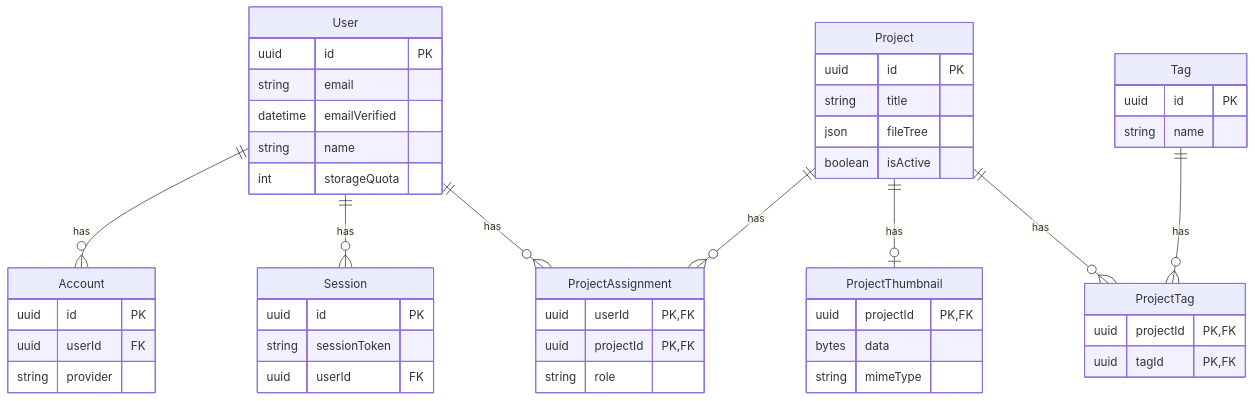
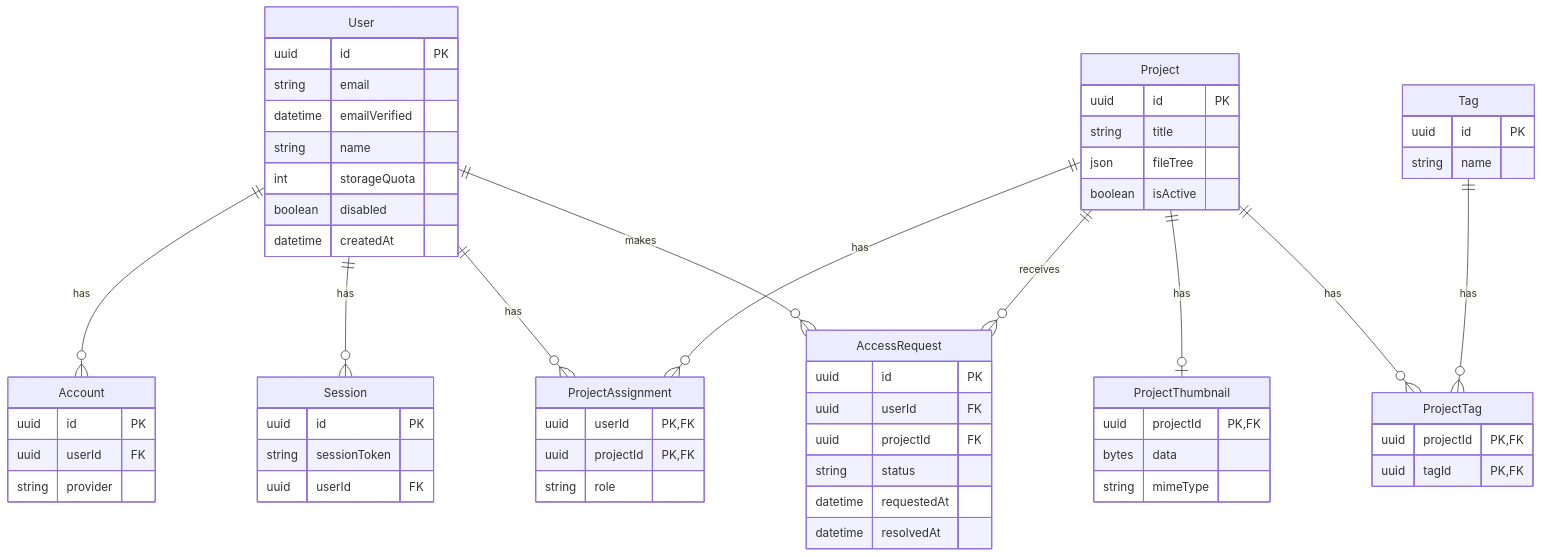
The diagram in docs/docs/techdocs/architecture/database.md (ISC-HEI/tisc-editor), drawn with Mermaid before and after one commit. The commit also changed other lines of this file and 6 other files, not shown here.

Commit message:
docs: add documentation for request access*

````diff
--- a/docs/docs/techdocs/architecture/database.md
+++ b/docs/docs/techdocs/architecture/database.md
@@ -7,52 +7,64 @@
 ```mermaid
 erDiagram
     User {
         uuid id PK
         string email
         datetime emailVerified
         string name
         int storageQuota
+        boolean disabled
+        datetime createdAt
     }
     Project {
         uuid id PK
         string title
         json fileTree
         boolean isActive
     }
     ProjectThumbnail {
         uuid projectId PK, FK
         bytes data
         string mimeType
     }
     Tag {
         uuid id PK
         string name
+    }
+    AccessRequest {
+        uuid id PK
+        uuid userId FK
+        uuid projectId FK
+        string status
+        datetime requestedAt
+        datetime resolvedAt
     }
     Account {
         uuid id PK
         uuid userId FK
         string provider
     }
     Session {
         uuid id PK
         string sessionToken
         uuid userId FK
     }
     ProjectAssignment {
         uuid userId PK, FK
         uuid projectId PK, FK
         string role
     }
     ProjectTag {
         uuid projectId PK, FK
         uuid tagId PK, FK
     }
 
     User ||--o{ Account : has
     User ||--o{ Session : has
     User ||--o{ ProjectAssignment : has
+    User ||--o{ AccessRequest : makes
     Project ||--o{ ProjectAssignment : has
+    Project ||--o{ AccessRequest : receives
     Project ||--o| ProjectThumbnail : has
     Project ||--o{ ProjectTag : has
     Tag ||--o{ ProjectTag : has
 ```
````
